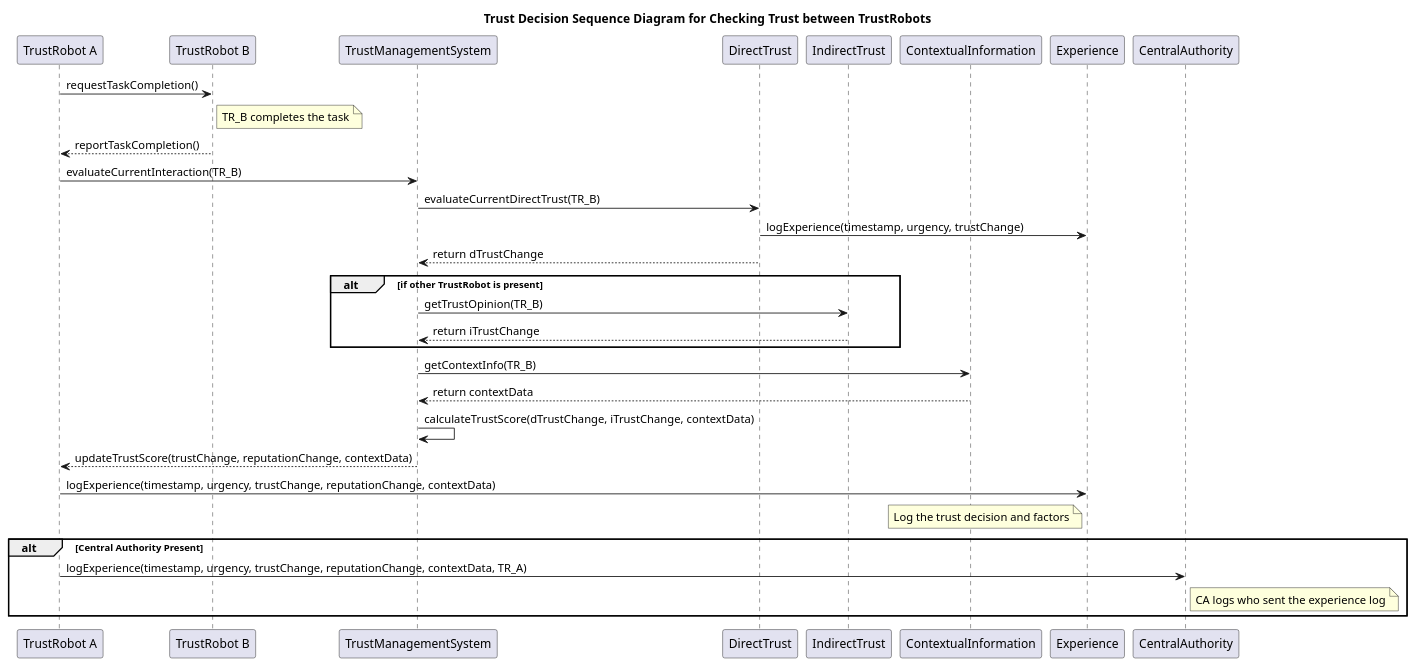
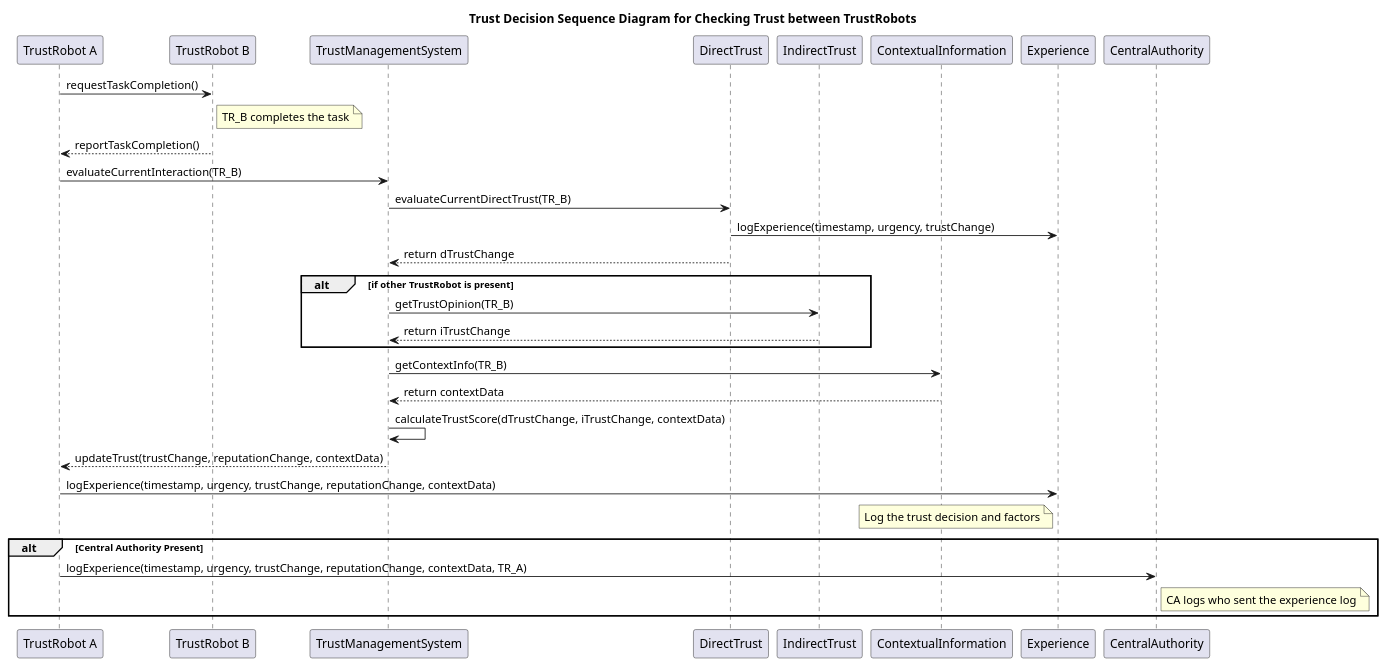
One commit to iticek026/poc-trust-management changed the diagram in project/arch/sequence-diagram.puml. Above: the diagram before and after it, drawn with PlantUML. The commit also changed 35 other files, not shown here.

```diff
--- a/project/arch/sequence-diagram.puml
+++ b/project/arch/sequence-diagram.puml
@@ -1,45 +1,45 @@
 @startuml
 title Trust Decision Sequence Diagram for Checking Trust between TrustRobots
 
 participant "TrustRobot A" as TR_A
 participant "TrustRobot B" as TR_B
 participant TrustManagementSystem as TMS
 participant DirectTrust as DTrust
 participant IndirectTrust as ITrust
 participant ContextualInformation as CInfo
 participant Experience
 participant CentralAuthority as CA
 
 TR_A -> TR_B: requestTaskCompletion()
 note right of TR_B: TR_B completes the task
 
 TR_B --> TR_A: reportTaskCompletion()
 
 TR_A -> TMS: evaluateCurrentInteraction(TR_B)
 TMS -> DTrust: evaluateCurrentDirectTrust(TR_B)
 DTrust -> Experience: logExperience(timestamp, urgency, trustChange)
 DTrust --> TMS: return dTrustChange
 
 
 
 alt if other TrustRobot is present
     TMS -> ITrust: getTrustOpinion(TR_B)
     ITrust --> TMS: return iTrustChange
 end
 
 TMS -> CInfo: getContextInfo(TR_B)
 CInfo --> TMS: return contextData
 
 TMS -> TMS: calculateTrustScore(dTrustChange, iTrustChange, contextData)
 
-TMS --> TR_A: updateTrustScore(trustChange, reputationChange, contextData)
+TMS --> TR_A: updateTrust(trustChange, reputationChange, contextData)
 
 TR_A -> Experience: logExperience(timestamp, urgency, trustChange, reputationChange, contextData)
 note left of Experience: Log the trust decision and factors
 
 alt Central Authority Present
     TR_A -> CA: logExperience(timestamp, urgency, trustChange, reputationChange, contextData, TR_A)
     note right of CA: CA logs who sent the experience log
 end
 
 @enduml
```
